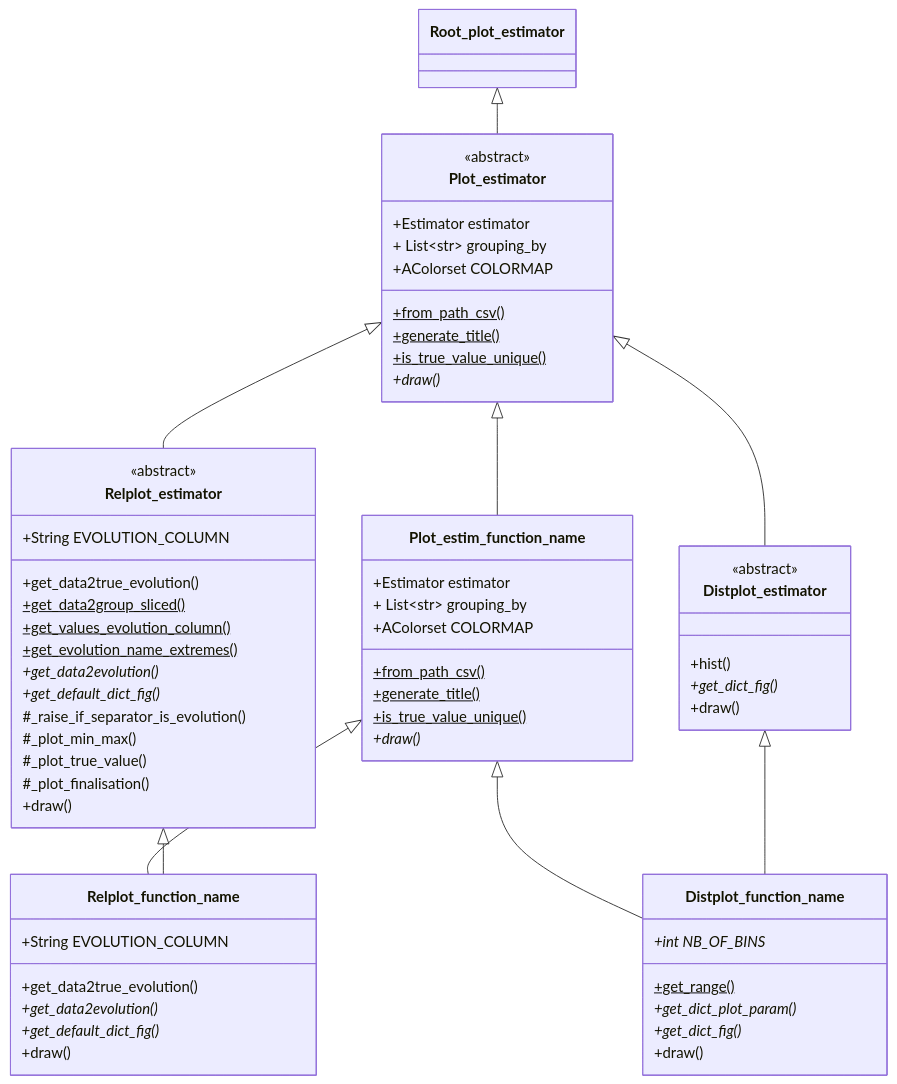
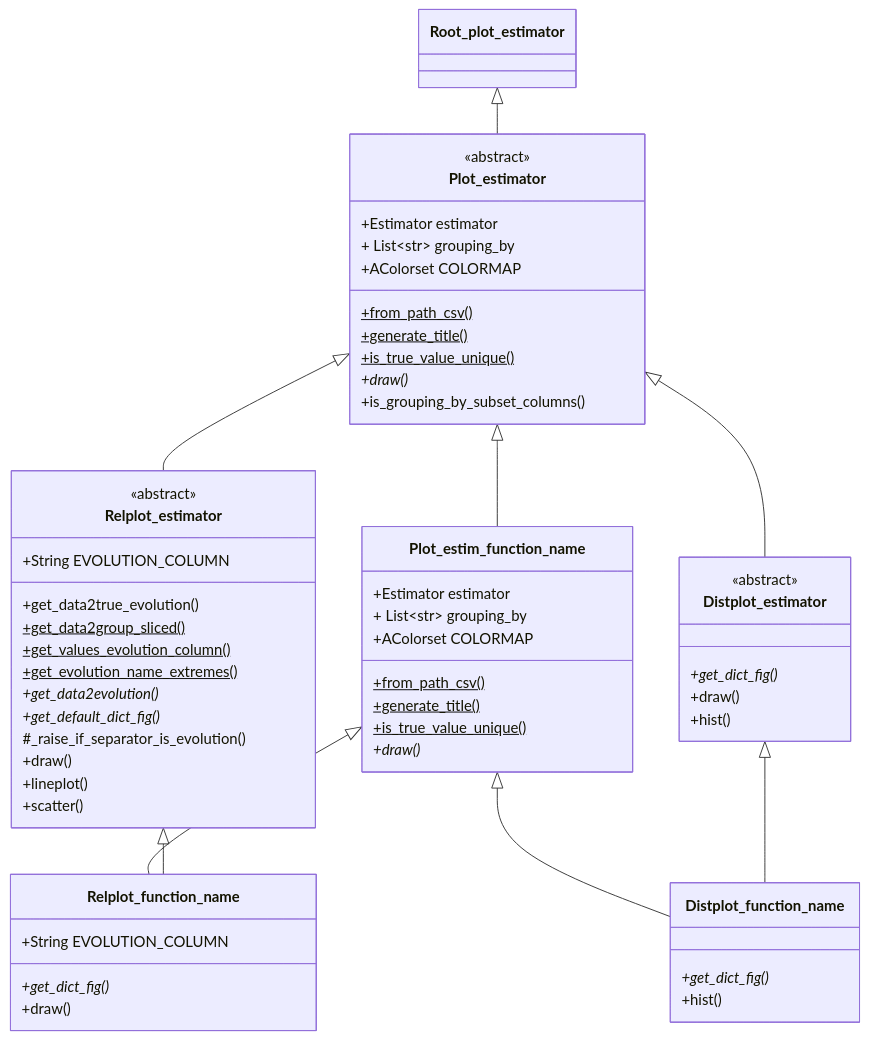
Before and after one commit to Code-Cornelius/CorAI: the second of 3 diagrams in priv_lib_estimator/how_to_use_estimators_and_plotters.MD, drawn with Mermaid. The commit also changed other lines of this file and 5 other files, not shown here.

Commit message:
get_default_dict_fig / get_dict_fig; MD how_to_use_estimators_and_plotters.MD finished rereading.

````diff
--- a/priv_lib_estimator/how_to_use_estimators_and_plotters.MD
+++ b/priv_lib_estimator/how_to_use_estimators_and_plotters.MD
@@ -84,6 +87,7 @@
         Plot_estimator:                +Estimator estimator 
         Plot_estimator:                + List~str~ grouping_by
         Plot_estimator:                +AColorset COLORMAP
+        Plot_estimator:                +is_grouping_by_subset_columns()
 
 
         
@@ -97,17 +101,15 @@
         Relplot_estimator:       +get_default_dict_fig()* 
         
         Relplot_estimator:       #_raise_if_separator_is_evolution()    
-        Relplot_estimator:       #_plot_min_max()
-        Relplot_estimator:       #_plot_true_value()    
-        Relplot_estimator:       #_plot_finalisation()
         Relplot_estimator:       +draw()     
+        Relplot_estimator:       +lineplot()     
+        Relplot_estimator:       +scatter()     
 
         
-        
-        Distplot_estimator:       +hist()
         Distplot_estimator:       +get_dict_fig()*
         Distplot_estimator:       +draw()
-        
+        Distplot_estimator:       +hist()
+
 
 
         
@@ -125,18 +127,12 @@
         
         Relplot_function_name:       +String EVOLUTION_COLUMN
         
-        Relplot_function_name:       +get_data2true_evolution()
-        Relplot_function_name:       +get_data2evolution()* 
-        Relplot_function_name:       +get_default_dict_fig()* 
-        
+        Relplot_function_name:       +get_dict_fig()* 
         Relplot_function_name:       +draw()     
 
         
         
-        Distplot_function_name:       +int NB_OF_BINS* 
-        Distplot_function_name:       +get_range()$ 
-        Distplot_function_name:       +get_dict_plot_param()*
         Distplot_function_name:       +get_dict_fig()*
-        Distplot_function_name:       +draw()
+        Distplot_function_name:       +hist()
         
 ```
````
